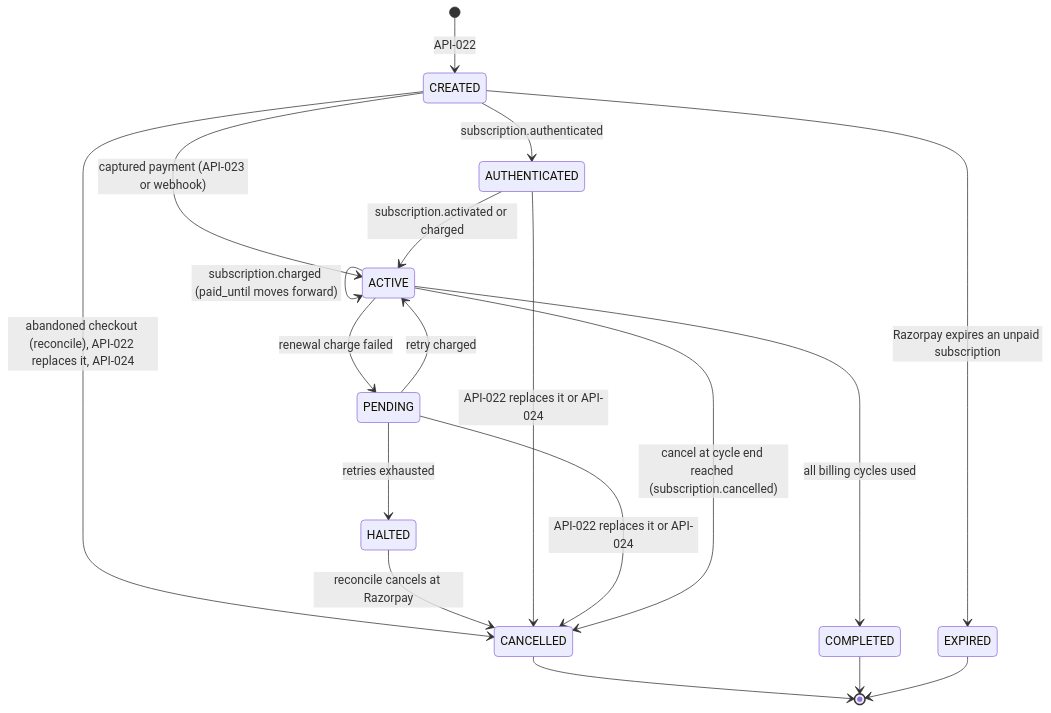
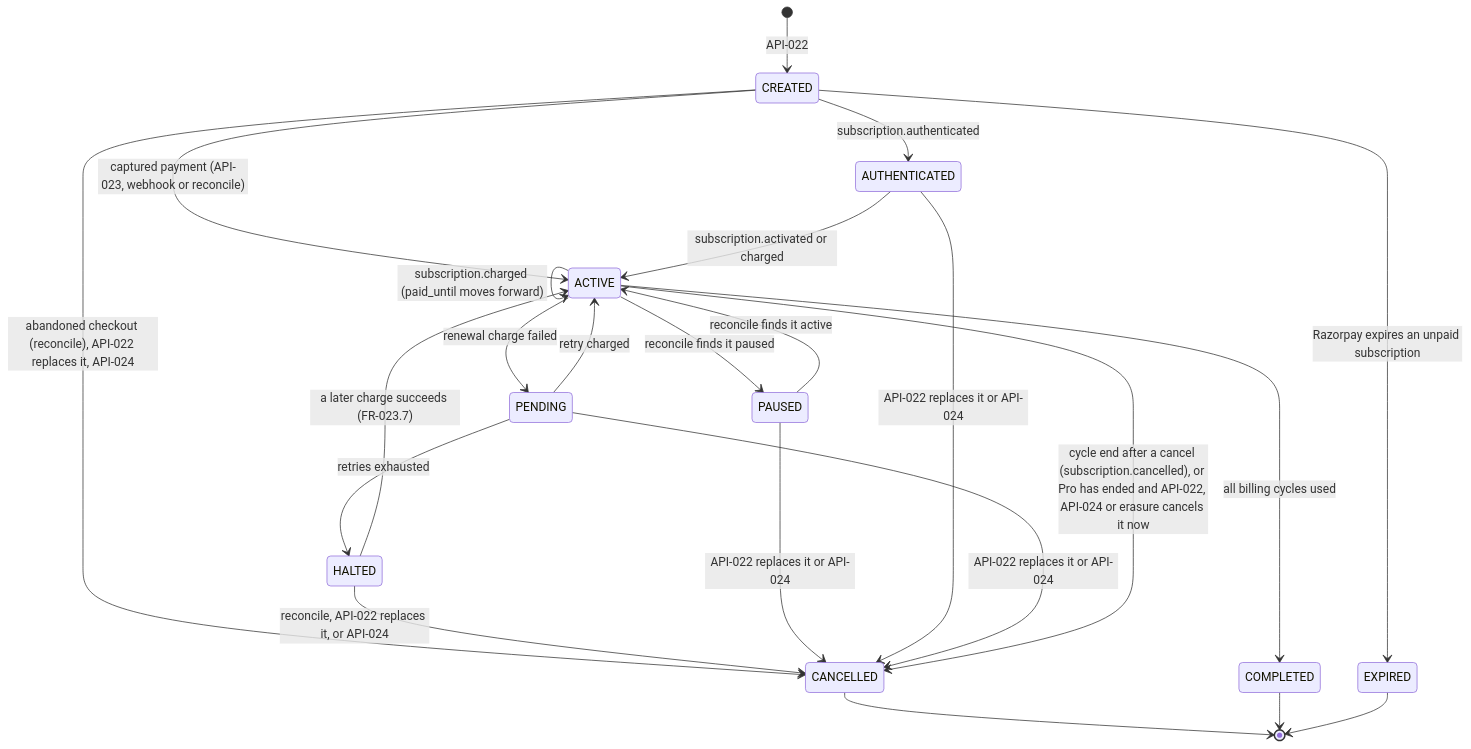
One commit to divii-school/spec-homework changed the tenth of 15 diagrams in neeraj/spec.md. Above: the diagram before and after it, drawn with Mermaid. The commit also changed other lines of this file and 1 other file, not shown here.

Commit message:
round 2 review fixes (v2.1): exact webhook/stale rules, plan cache validUntil, billing lock, resubscribe after cancel, erasure PRO counters, ERR-042, deprecate OOS-002/OOS-012, stale v1 text, traceability ranges

````diff
--- a/neeraj/spec.md
+++ b/neeraj/spec.md
@@ -1062,21 +1083,25 @@
 ```mermaid
 stateDiagram-v2
   [*] --> CREATED: API-022
-  CREATED --> ACTIVE: captured payment (API-023 or webhook)
+  CREATED --> ACTIVE: captured payment (API-023, webhook or reconcile)
   CREATED --> AUTHENTICATED: subscription.authenticated
   AUTHENTICATED --> ACTIVE: subscription.activated or charged
   CREATED --> CANCELLED: abandoned checkout (reconcile), API-022 replaces it, API-024
   CREATED --> EXPIRED: Razorpay expires an unpaid subscription
   ACTIVE --> ACTIVE: subscription.charged (paid_until moves forward)
   ACTIVE --> PENDING: renewal charge failed
   PENDING --> ACTIVE: retry charged
   PENDING --> HALTED: retries exhausted
-  HALTED --> CANCELLED: reconcile cancels at Razorpay
+  HALTED --> ACTIVE: a later charge succeeds (FR-023.7)
+  HALTED --> CANCELLED: reconcile, API-022 replaces it, or API-024
+  ACTIVE --> PAUSED: reconcile finds it paused
+  PAUSED --> ACTIVE: reconcile finds it active
+  PAUSED --> CANCELLED: API-022 replaces it or API-024
   AUTHENTICATED --> CANCELLED: API-022 replaces it or API-024
   PENDING --> CANCELLED: API-022 replaces it or API-024
-  ACTIVE --> CANCELLED: cancel at cycle end reached (subscription.cancelled)
+  ACTIVE --> CANCELLED: cycle end after a cancel (subscription.cancelled), or Pro has ended and API-022, API-024 or erasure cancels it now
   ACTIVE --> COMPLETED: all billing cycles used
   CANCELLED --> [*]
   COMPLETED --> [*]
   EXPIRED --> [*]
 ```
````
